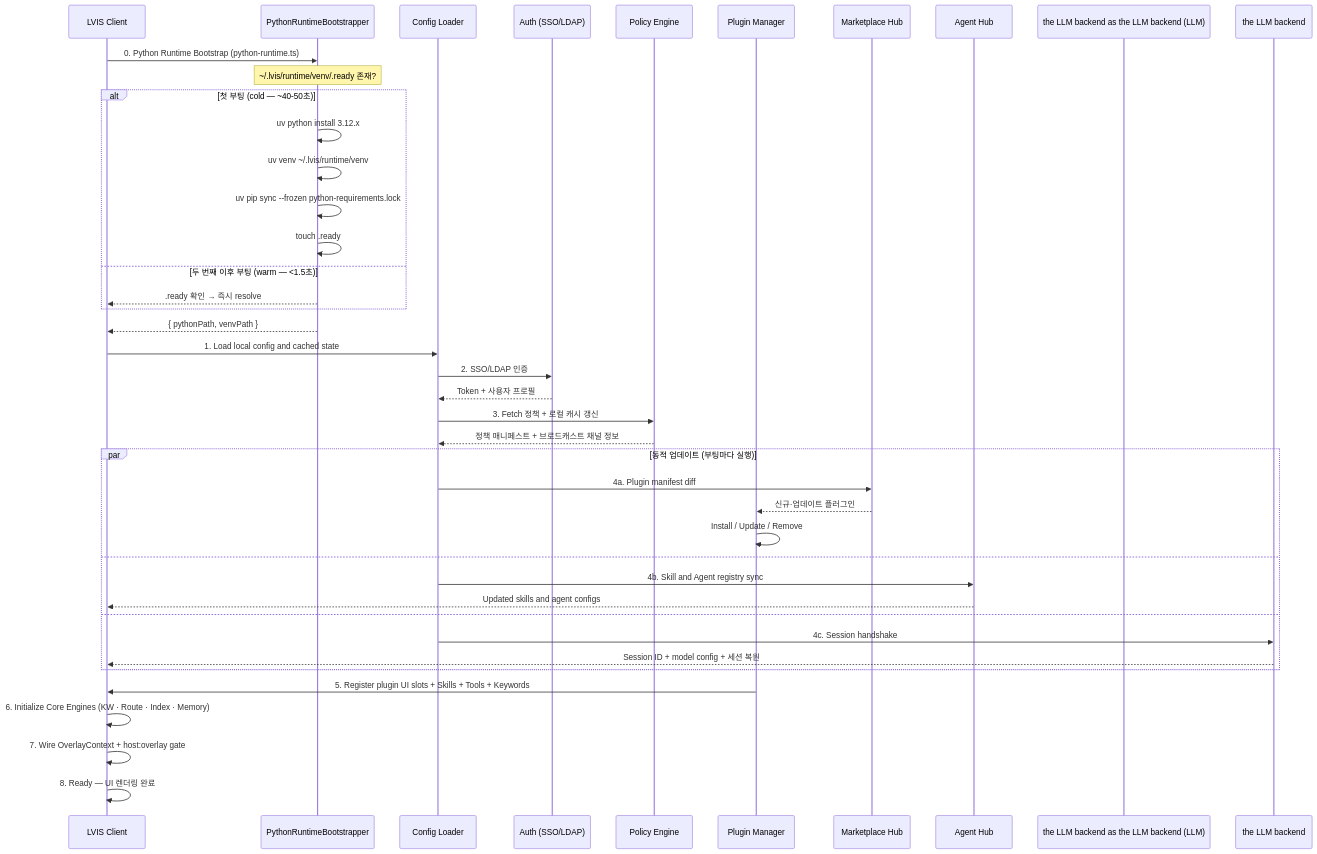
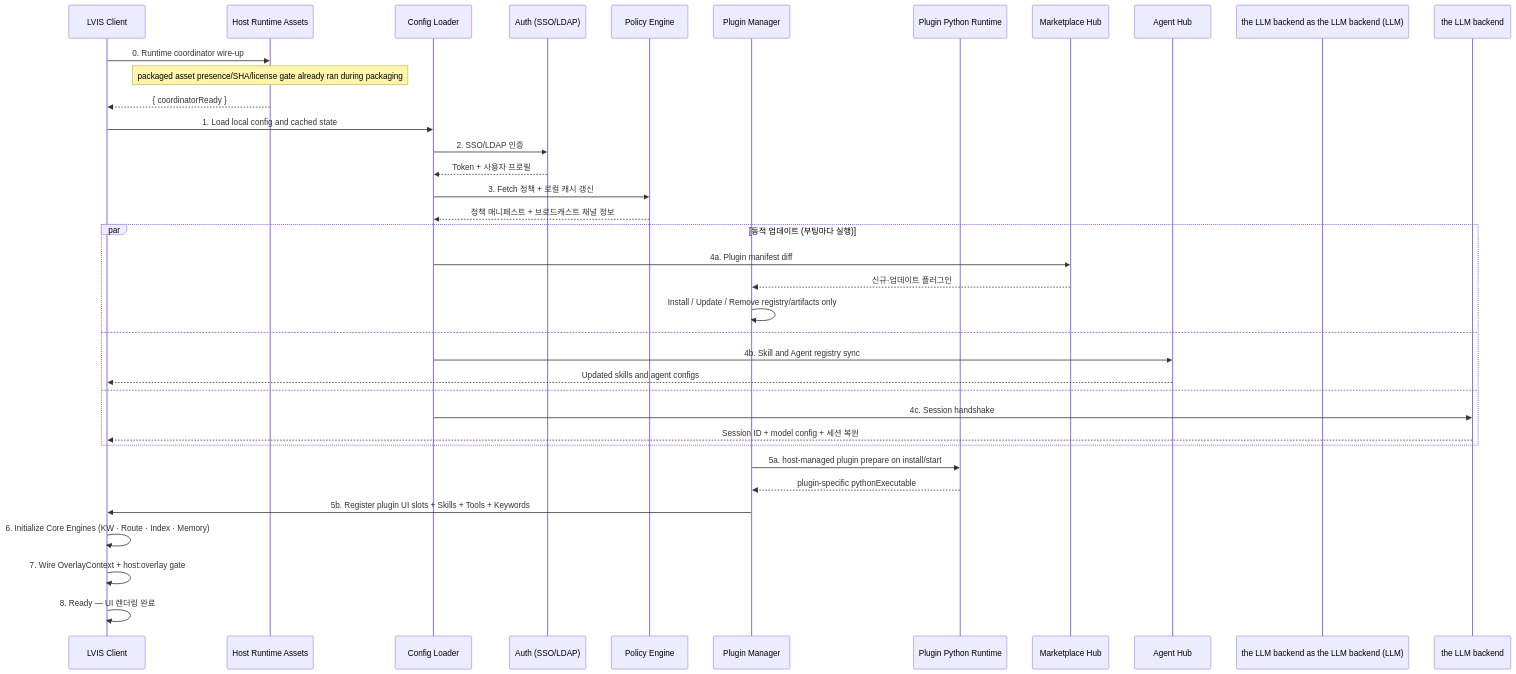
Before and after one commit to lvis-project/lvis-app: the sixth of 44 diagrams in docs/architecture/architecture.md, drawn with Mermaid. The commit also changed other lines of this file and 45 other files, not shown here.

````diff
--- a/docs/architecture/architecture.md
+++ b/docs/architecture/architecture.md
@@ -381,49 +385,44 @@
 ```mermaid
 sequenceDiagram
     participant App as LVIS Client
-    participant PythonRT as PythonRuntimeBootstrapper
+    participant HostRT as Host Runtime Assets
     participant Config as Config Loader
     participant Auth as Auth (SSO/LDAP)
     participant Policy as Policy Engine
     participant PluginMgr as Plugin Manager
+    participant PythonRT as Plugin Python Runtime
     participant Market as Marketplace Hub
     participant AgentHub as Agent Hub
     participant the LLM backend as the LLM backend (LLM)
 
-    App->>PythonRT: 0. Python Runtime Bootstrap (python-runtime.ts)
-    Note over PythonRT: ~/.lvis/runtime/venv/.ready 존재?
-    alt 첫 부팅 (cold — ~40-50초)
-        PythonRT->>PythonRT: uv python install 3.12.x
-        PythonRT->>PythonRT: uv venv ~/.lvis/runtime/venv
-        PythonRT->>PythonRT: uv pip sync --frozen python-requirements.lock
-        PythonRT->>PythonRT: touch .ready
-    else 두 번째 이후 부팅 (warm — <1.5초)
-        PythonRT-->>App: .ready 확인 → 즉시 resolve
-    end
-    PythonRT-->>App: { pythonPath, venvPath }
+    App->>HostRT: 0. Runtime coordinator wire-up
+    Note over HostRT: packaged asset presence/SHA/license gate already ran during packaging
+    HostRT-->>App: { coordinatorReady }
 
     App->>Config: 1. Load local config and cached state
     Config->>Auth: 2. SSO/LDAP 인증
     Auth-->>Config: Token + 사용자 프로필
     Config->>Policy: 3. Fetch 정책 + 로컬 캐시 갱신
     Policy-->>Config: 정책 매니페스트 + 브로드캐스트 채널 정보
 
     par 동적 업데이트 (부팅마다 실행)
         Config->>Market: 4a. Plugin manifest diff
         Market-->>PluginMgr: 신규·업데이트 플러그인
-        PluginMgr->>PluginMgr: Install / Update / Remove
+        PluginMgr->>PluginMgr: Install / Update / Remove registry/artifacts only
     and
         Config->>AgentHub: 4b. Skill and Agent registry sync
         AgentHub-->>App: Updated skills and agent configs
     and
         Config->>the LLM backend: 4c. Session handshake
         the LLM backend-->>App: Session ID + model config + 세션 복원
     end
 
-    PluginMgr->>App: 5. Register plugin UI slots + Skills + Tools + Keywords
+    PluginMgr->>PythonRT: 5a. host-managed plugin prepare on install/start
+    PythonRT-->>PluginMgr: plugin-specific pythonExecutable
+    PluginMgr->>App: 5b. Register plugin UI slots + Skills + Tools + Keywords
     App->>App: 6. Initialize Core Engines (KW · Route · Index · Memory)
 
     App->>App: 7. Wire OverlayContext + host:overlay gate
 
     App->>App: 8. Ready — UI 렌더링 완료
 ```
````
